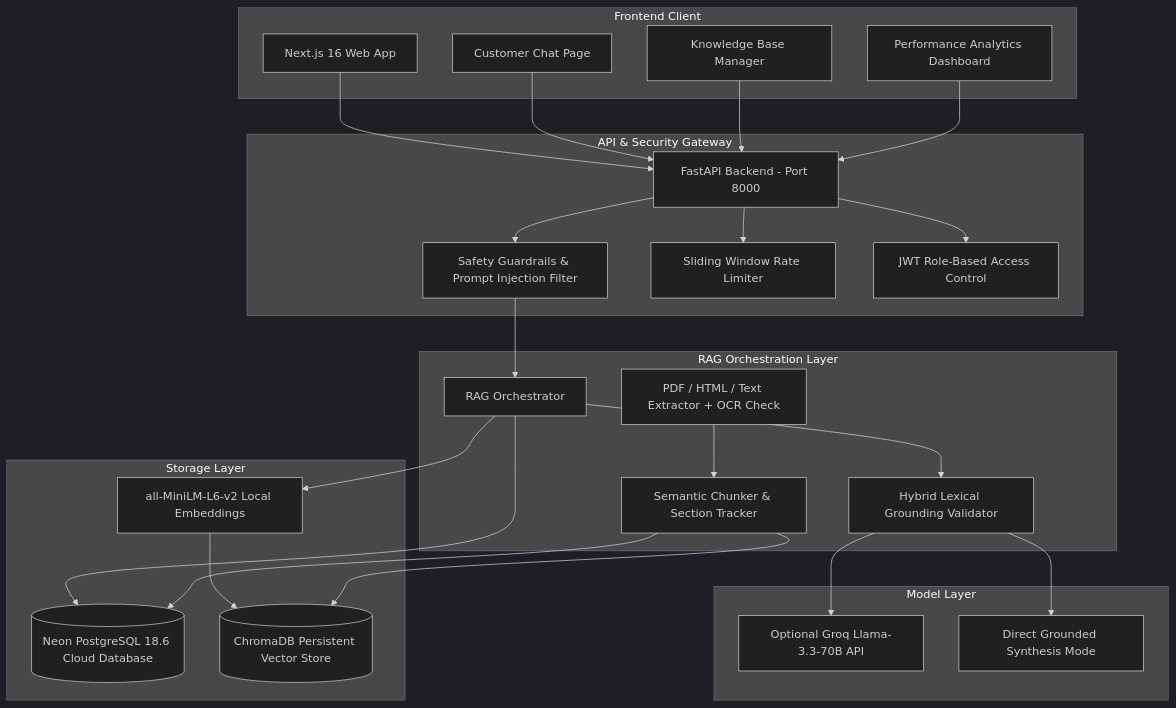
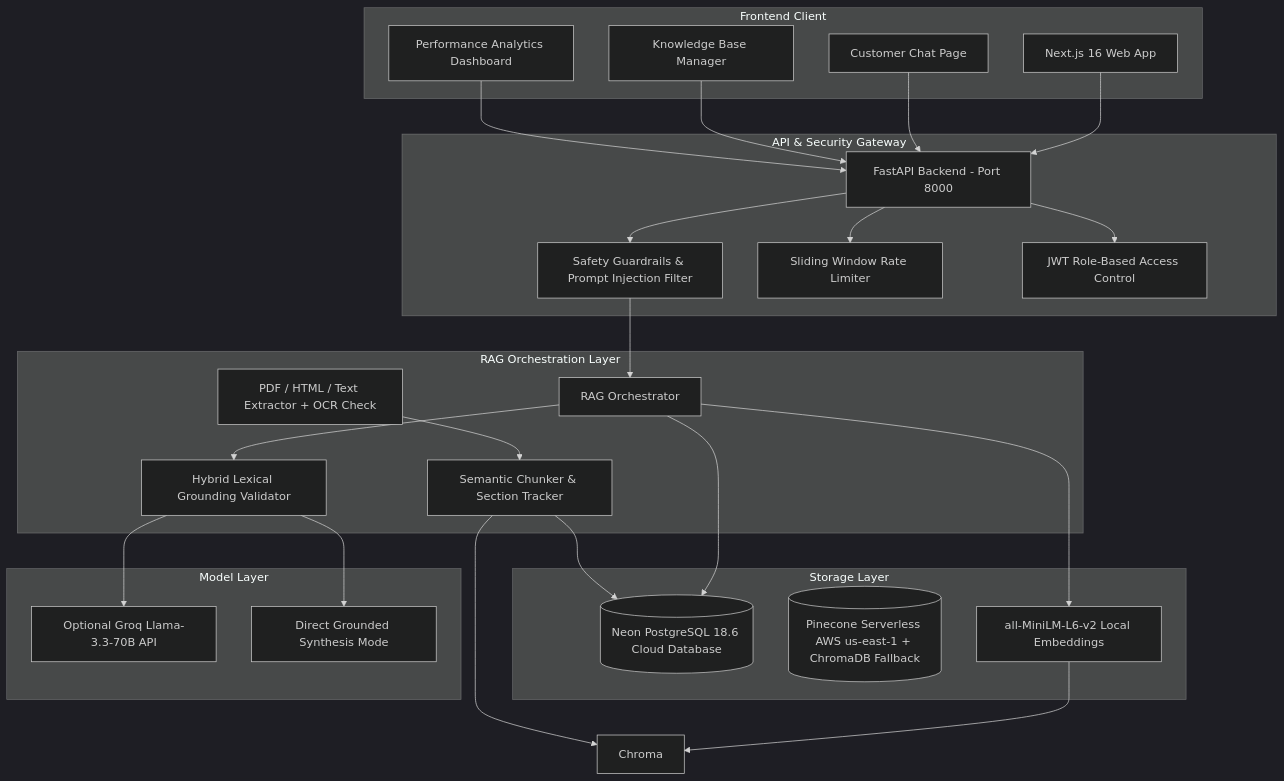
Before and after one commit to Rehan135236/Bankmind-AI: the diagram in README.md, drawn with Mermaid (dark theme). The commit also changed other lines of this file and 6 other files, not shown here.

Commit message:
feat(rag): integrate Pinecone Serverless vector database with AWS us-east-1 and dual fallback

````diff
--- a/README.md
+++ b/README.md
@@ -40,52 +40,52 @@
 ```mermaid
 graph TD
     subgraph Frontend Client
         Web[Next.js 16 Web App]
         ChatUI[Customer Chat Page]
         AdminUI[Knowledge Base Manager]
         AnalyticsUI[Performance Analytics Dashboard]
     end
 
     subgraph API & Security Gateway
         FastAPI[FastAPI Backend - Port 8000]
         Guard[Safety Guardrails & Prompt Injection Filter]
         RateLimit[Sliding Window Rate Limiter]
         Auth[JWT Role-Based Access Control]
     end
 
     subgraph RAG Orchestration Layer
         RAGEngine[RAG Orchestrator]
         Extractor[PDF / HTML / Text Extractor + OCR Check]
         Chunker[Semantic Chunker & Section Tracker]
         Grounding[Hybrid Lexical Grounding Validator]
     end
 
     subgraph Storage Layer
         Neon[(Neon PostgreSQL 18.6 Cloud Database)]
-        Chroma[(ChromaDB Persistent Vector Store)]
+        Pinecone[(Pinecone Serverless AWS us-east-1 + ChromaDB Fallback)]
         Embeddings[all-MiniLM-L6-v2 Local Embeddings]
     end
 
     subgraph Model Layer
         Groq[Optional Groq Llama-3.3-70B API]
         RetrievalOnly[Direct Grounded Synthesis Mode]
     end
 
     Web --> FastAPI
     ChatUI --> FastAPI
     AdminUI --> FastAPI
     AnalyticsUI --> FastAPI
     FastAPI --> RateLimit
     FastAPI --> Auth
     FastAPI --> Guard
     Guard --> RAGEngine
     RAGEngine --> Embeddings
     Embeddings --> Chroma
     RAGEngine --> Neon
     RAGEngine --> Grounding
     Grounding --> Groq
     Grounding --> RetrievalOnly
     Extractor --> Chunker
     Chunker --> Chroma
     Chunker --> Neon
 ```
````
